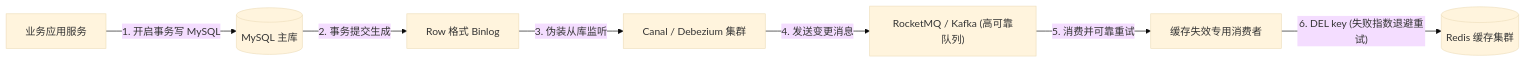
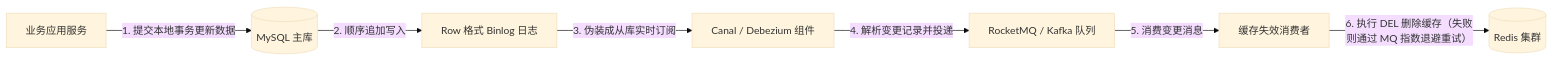
Before and after one commit to GuoWWWX/knowledge-base: the third of 4 diagrams in 20-Java后端/08-系统设计/03-缓存架构设计.md, drawn with Mermaid (base theme). The commit also changed other lines of this file and 251 other files, not shown here.

````diff
--- a/20-Java后端/08-系统设计/03-缓存架构设计.md
+++ b/20-Java后端/08-系统设计/03-缓存架构设计.md
@@ -116,9 +118,9 @@
 ```mermaid
 flowchart LR
-    App["业务应用服务"] -->|"1. 开启事务写 MySQL"| MySQL[("MySQL 主库")]
-    MySQL -->|"2. 事务提交生成"| Binlog["Row 格式 Binlog"]
-    Binlog -->|"3. 伪装从库监听"| Canal["Canal / Debezium 集群"]
-    Canal -->|"4. 发送变更消息"| MQ["RocketMQ / Kafka (高可靠队列)"]
-    MQ -->|"5. 消费并可靠重试"| CacheConsumer["缓存失效专用消费者"]
-    CacheConsumer -->|"6. DEL key (失败指数退避重试)"| Redis[("Redis 缓存集群")]
+    App["业务应用服务"] -->|"1. 提交本地事务更新数据"| MySQL[("MySQL 主库")]
+    MySQL -->|"2. 顺序追加写入"| Binlog["Row 格式 Binlog 日志"]
+    Binlog -->|"3. 伪装成从库实时订阅"| Canal["Canal / Debezium 组件"]
+    Canal -->|"4. 解析变更记录并投递"| MQ["RocketMQ / Kafka 队列"]
+    MQ -->|"5. 消费变更消息"| CacheConsumer["缓存失效消费者"]
+    CacheConsumer -->|"6. 执行 DEL 删除缓存（失败则通过 MQ 指数退避重试）"| Redis[("Redis 集群")]
 ```
````
